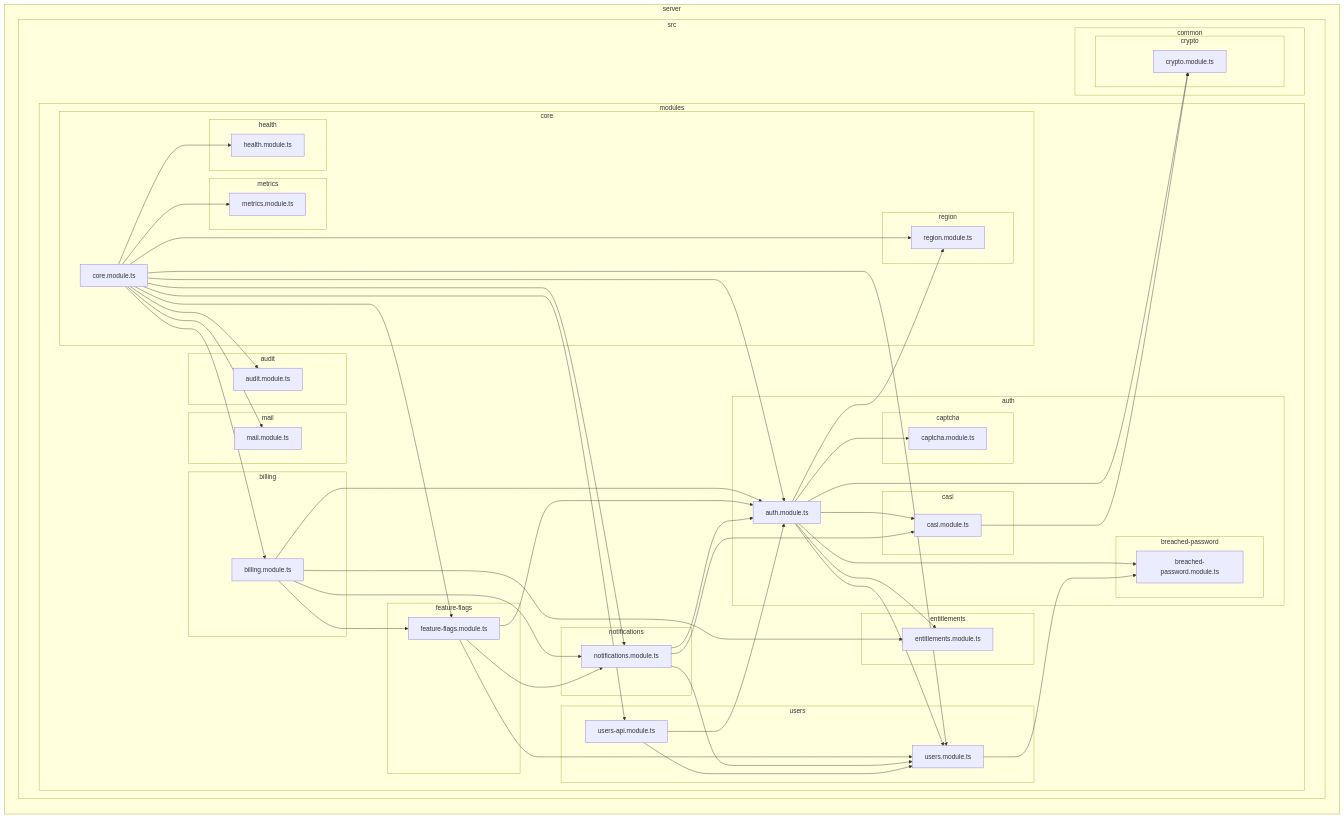
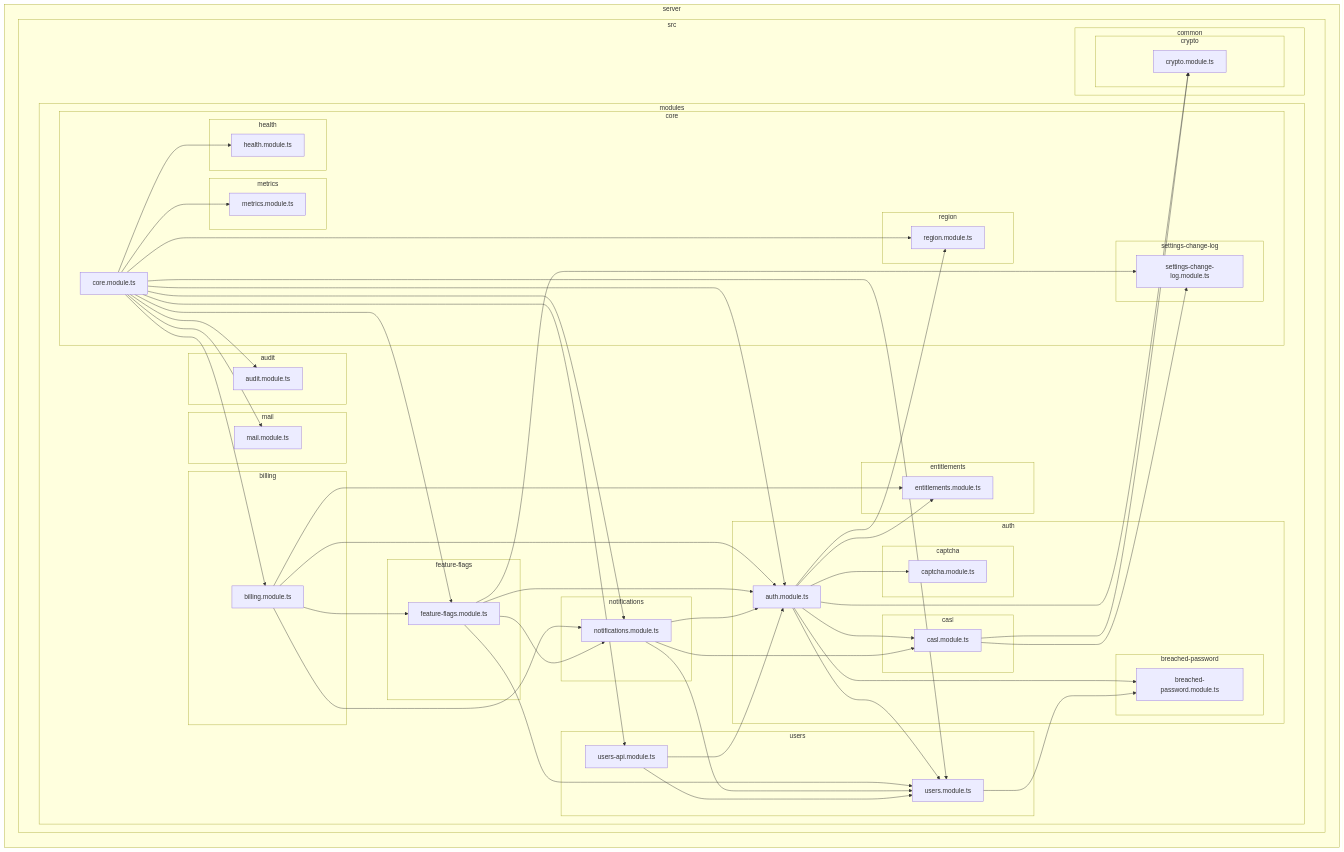
The third of 5 diagrams in architecture/dependency-graph.md (tauinbox/client-server-starter-app), drawn with Mermaid before and after one commit. The commit also changed 56 other files, not shown here.

````diff
--- a/architecture/dependency-graph.md
+++ b/architecture/dependency-graph.md
@@ -218,11 +218,14 @@
 subgraph C["region"]
 D["region.module.ts"]
 end
-subgraph U["metrics"]
-V["metrics.module.ts"]
+subgraph O["settings-change-log"]
+P["settings-change-log.module.ts"]
 end
-subgraph Z["health"]
-10["health.module.ts"]
+subgraph W["metrics"]
+X["metrics.module.ts"]
+end
+subgraph 11["health"]
+12["health.module.ts"]
 end
 end
 subgraph 8["audit"]
@@ -245,33 +248,33 @@
 end
 subgraph G["users"]
 H["users.module.ts"]
-Y["users-api.module.ts"]
+10["users-api.module.ts"]
 end
-subgraph O["billing"]
-P["billing.module.ts"]
+subgraph Q["billing"]
+R["billing.module.ts"]
 end
-subgraph Q["feature-flags"]
-R["feature-flags.module.ts"]
+subgraph S["feature-flags"]
+T["feature-flags.module.ts"]
 end
-subgraph S["notifications"]
-T["notifications.module.ts"]
+subgraph U["notifications"]
+V["notifications.module.ts"]
 end
-subgraph W["mail"]
-X["mail.module.ts"]
+subgraph Y["mail"]
+Z["mail.module.ts"]
 end
 end
 end
 end
 7-->9
 7-->B
-7-->P
 7-->R
+7-->T
+7-->Z
+7-->V
+7-->10
+7-->H
+7-->12
 7-->X
-7-->T
-7-->Y
-7-->H
-7-->10
-7-->V
 7-->D
 B-->4
 B-->D
@@ -282,16 +285,18 @@
 B-->N
 H-->J
 N-->4
-P-->B
-P-->F
-P-->R
-P-->T
+N-->P
 R-->B
+R-->F
 R-->T
-R-->H
+R-->V
 T-->B
-T-->N
+T-->P
+T-->V
 T-->H
-Y-->B
-Y-->H
+V-->B
+V-->N
+V-->H
+10-->B
+10-->H
 ```
````
